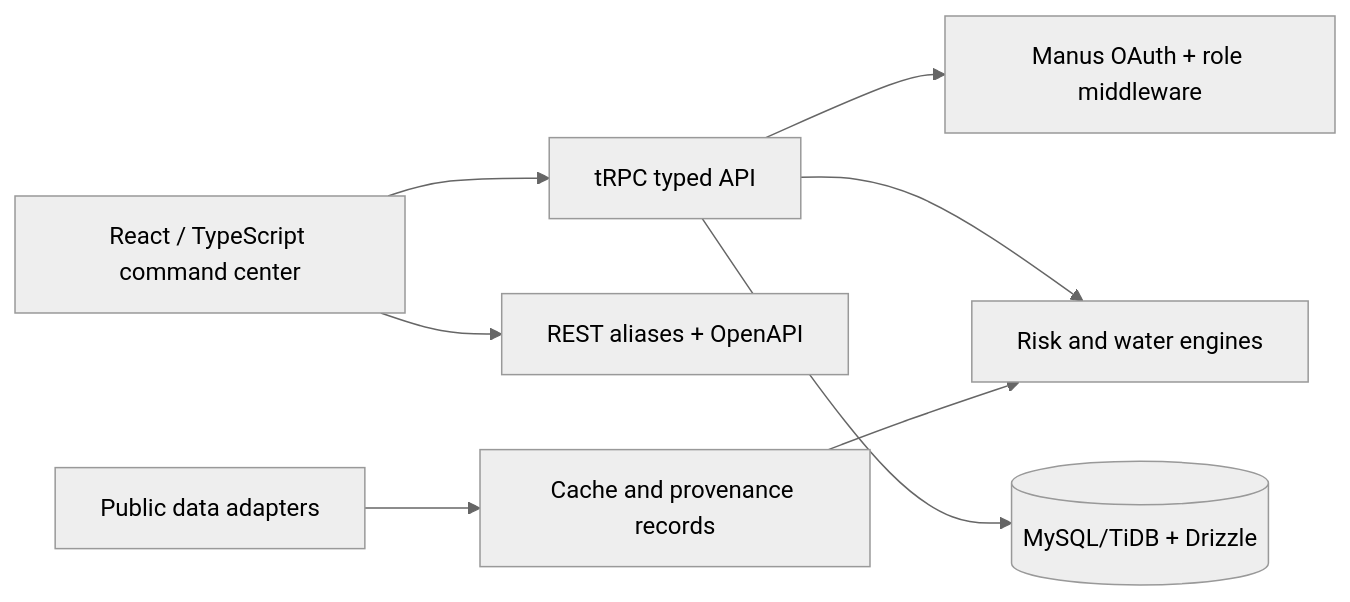
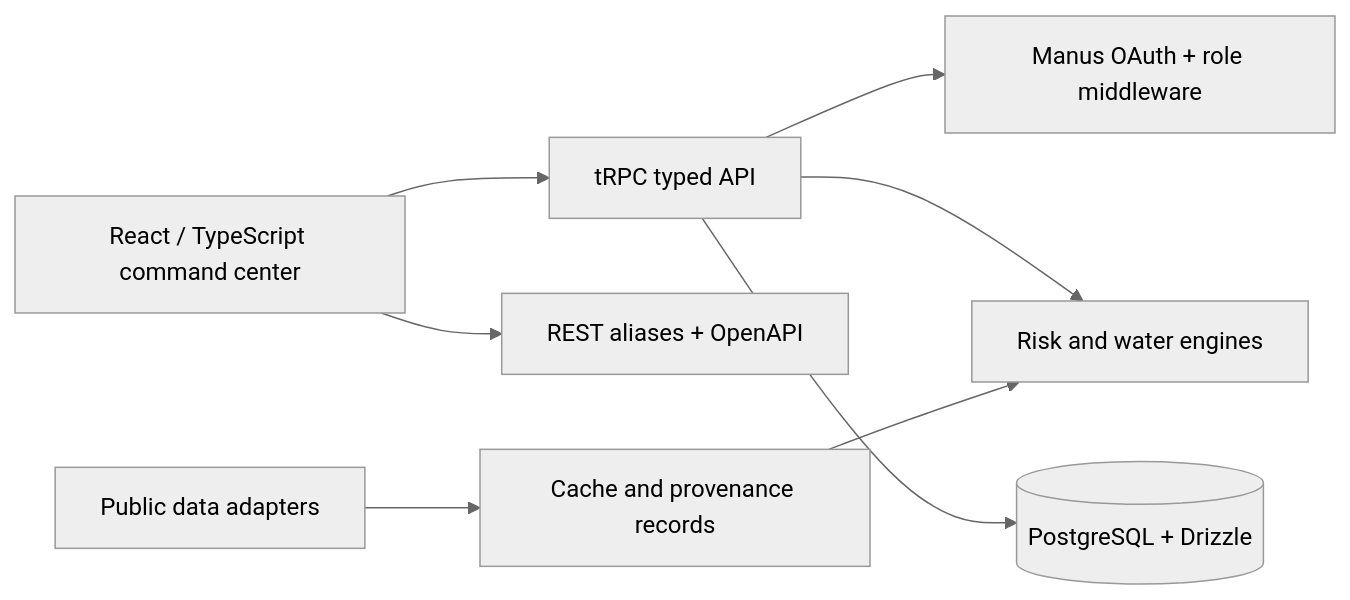
The first of 3 diagrams in docs/diagrams.md (its-krush/himalayan_spring_recharge_network), drawn with Mermaid (neutral theme) before and after one commit. The commit also changed 17 other files, not shown here.

Commit message:
Migrate persistence to PostgreSQL and harden Render deploy

````diff
--- a/docs/diagrams.md
+++ b/docs/diagrams.md
@@ -5,10 +5,10 @@
 ```mermaid
 flowchart LR
   Browser[React / TypeScript command center] --> T[tRPC typed API]
   Browser --> R[REST aliases + OpenAPI]
   T --> A[Manus OAuth + role middleware]
   T --> E[Risk and water engines]
-  T --> D[(MySQL/TiDB + Drizzle)]
+  T --> D[(PostgreSQL + Drizzle)]
   I[Public data adapters] --> C[Cache and provenance records]
   C --> E
 ```
````
